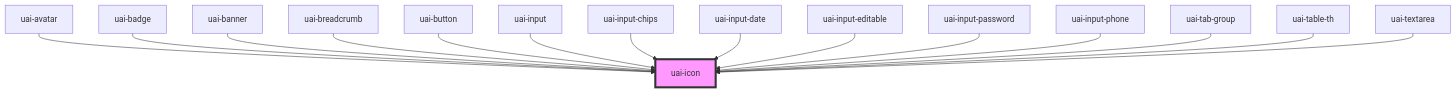
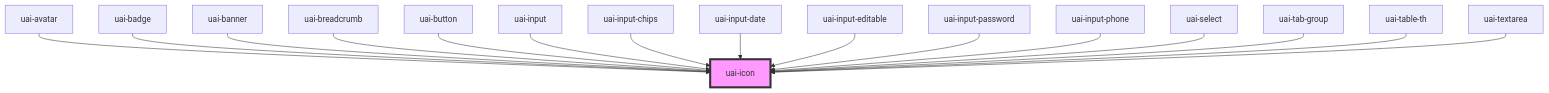
One commit to takenet/blip-ds changed the diagram in src/components/uai-icon/readme.md. Above: the diagram before and after it, drawn with Mermaid. The commit also changed other lines of this file and 24 other files, not shown here.

First line of the commit message:
feat: add UAI select and deprecate bds-select FROH-91

````diff
--- a/src/components/uai-icon/readme.md
+++ b/src/components/uai-icon/readme.md
@@ -59,18 +60,19 @@
 ```mermaid
 graph TD;
   uai-avatar --> uai-icon
   uai-badge --> uai-icon
   uai-banner --> uai-icon
   uai-breadcrumb --> uai-icon
   uai-button --> uai-icon
   uai-input --> uai-icon
   uai-input-chips --> uai-icon
   uai-input-date --> uai-icon
   uai-input-editable --> uai-icon
   uai-input-password --> uai-icon
   uai-input-phone --> uai-icon
+  uai-select --> uai-icon
   uai-tab-group --> uai-icon
   uai-table-th --> uai-icon
   uai-textarea --> uai-icon
   style uai-icon fill:#f9f,stroke:#333,stroke-width:4px
 ```
````
